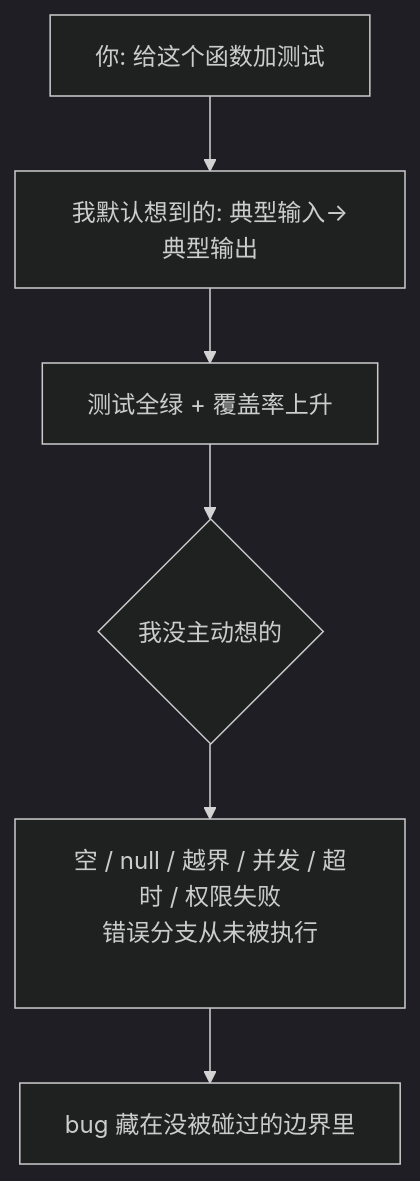
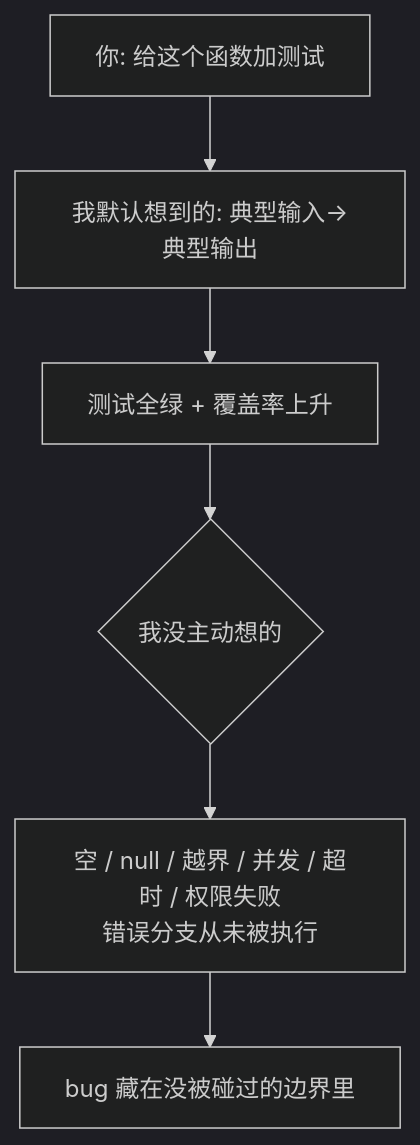
Before and after one commit to XuebinMa/AIWiki: the diagram in docs/06-testing/happy-path-only.mdx, drawn with Mermaid (dark theme). The commit also changed 99 other files, not shown here.

First line of the commit message:
fix(mermaid): 全局根治节点文字裁切（htmlLabels:false + 清理 br/nbsp 占位）(#26)

````diff
--- a/docs/06-testing/happy-path-only.mdx
+++ b/docs/06-testing/happy-path-only.mdx
@@ -36,8 +36,8 @@
 ```mermaid
 flowchart TD
     A[你: 给这个函数加测试] --> B[我默认想到的: 典型输入→典型输出]
     B --> C[测试全绿 + 覆盖率上升]
     C --> D{我没主动想的}
-    D --> E["空 / null / 越界 / 并发 / 超时 / 权限失败<br/>错误分支从未被执行<br/>&nbsp;"]
+    D --> E["空 / null / 越界 / 并发 / 超时 / 权限失败<br/>错误分支从未被执行"]
     E --> F[bug 藏在没被碰过的边界里]
 ```
````
